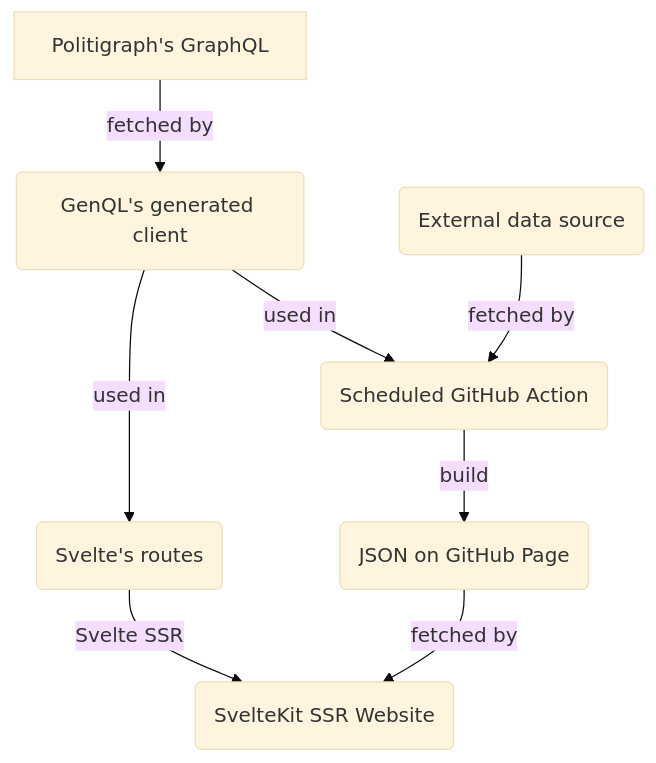
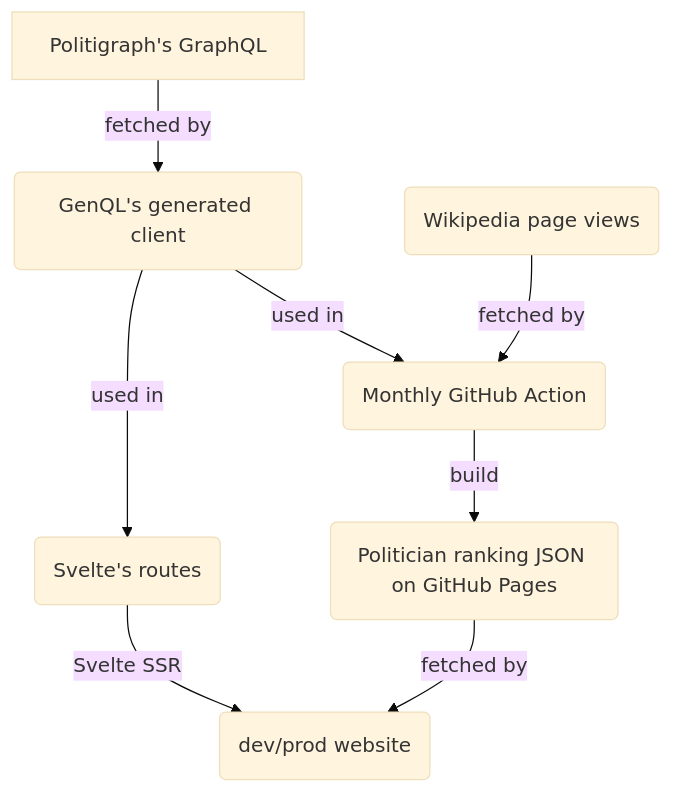
Before and after one commit to wevisdemo/parliament-watch: the diagram in README.md, drawn with Mermaid (base theme). The commit also changed other lines of this file and 1 other file, not shown here.

````diff
--- a/README.md
+++ b/README.md
@@ -122,10 +124,10 @@
 ```mermaid
 flowchart TD
     B[Politigraph's GraphQL] --> |fetched by| C(GenQL's generated client)
     C --> |used in| D(Svelte's routes)
     D --> |Svelte SSR| E(dev/prod website)
-    C --> |used in| G(Scheduled GitHub Action)
-    F(External data source) --> |fetched by| G
-    G --> |build| H(JSON on GitHub Page)
-    H --> |fetched by| E(SvelteKit SSR Website)
+    C --> |used in| G(Monthly GitHub Action)
+    F(Wikipedia page views) --> |fetched by| G
+    G --> |build| H(Politician ranking JSON on GitHub Pages)
+    H --> |fetched by| E
 ```
````
